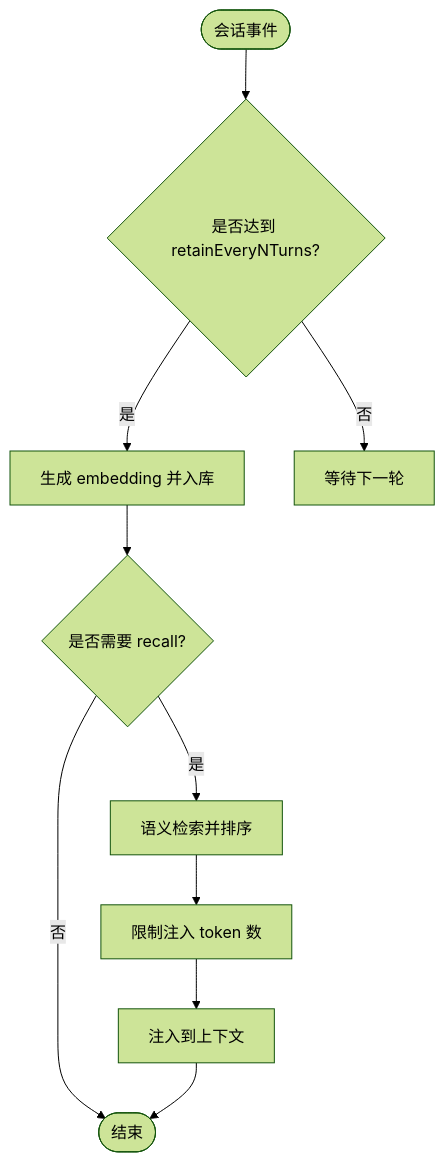
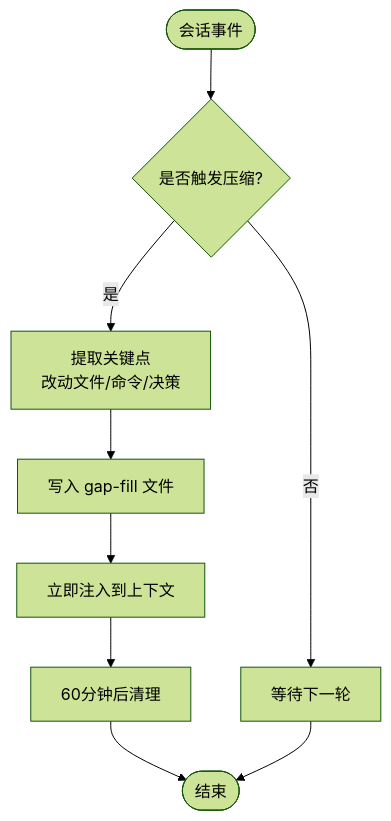
Before and after one commit to swond-Mao/Tiffa: the fifth of 7 diagrams in .qoder/repowiki/zh/content/记忆系统/四重记忆架构概览.md, drawn with Mermaid (forest theme). The commit also changed other lines of this file and 73 other files, not shown here.

First line of the commit message:
feat: Tiffa 品牌图标 + Computer Use v2 + WebP 静默崩修复

````diff
--- a/.qoder/repowiki/zh/content/记忆系统/四重记忆架构概览.md
+++ b/.qoder/repowiki/zh/content/记忆系统/四重记忆架构概览.md
@@ -196,12 +222,11 @@
 ```mermaid
 flowchart TD
-Start(["会话事件"]) --> Retain{"是否达到 retainEveryNTurns?"}
-Retain --> |是| Embed["生成 embedding 并入库"]
-Retain --> |否| Wait["等待下一轮"]
-Embed --> Recall{"是否需要 recall?"}
-Recall --> |是| Search["语义检索并排序"]
-Search --> Limit["限制注入 token 数"]
-Limit --> Inject["注入到上下文"]
-Recall --> |否| End(["结束"])
-Inject --> End
+Start(["会话事件"]) --> Compact{"是否触发压缩?"}
+Compact --> |是| Extract["提取关键点<br/>改动文件/命令/决策"]
+Extract --> Write["写入 gap-fill 文件"]
+Write --> Inject["立即注入到上下文"]
+Inject --> Cleanup["60分钟后清理"]
+Cleanup --> End(["结束"])
+Compact --> |否| Wait["等待下一轮"]
+Wait --> End
 ```
````
